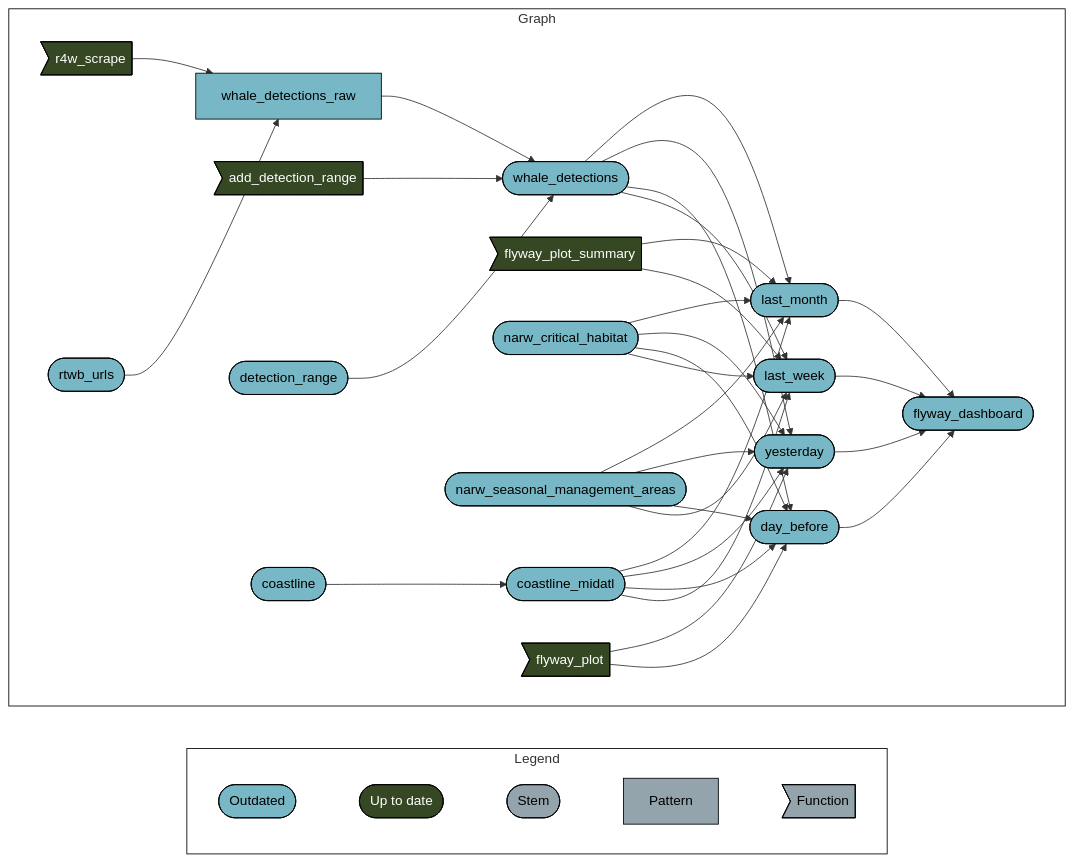
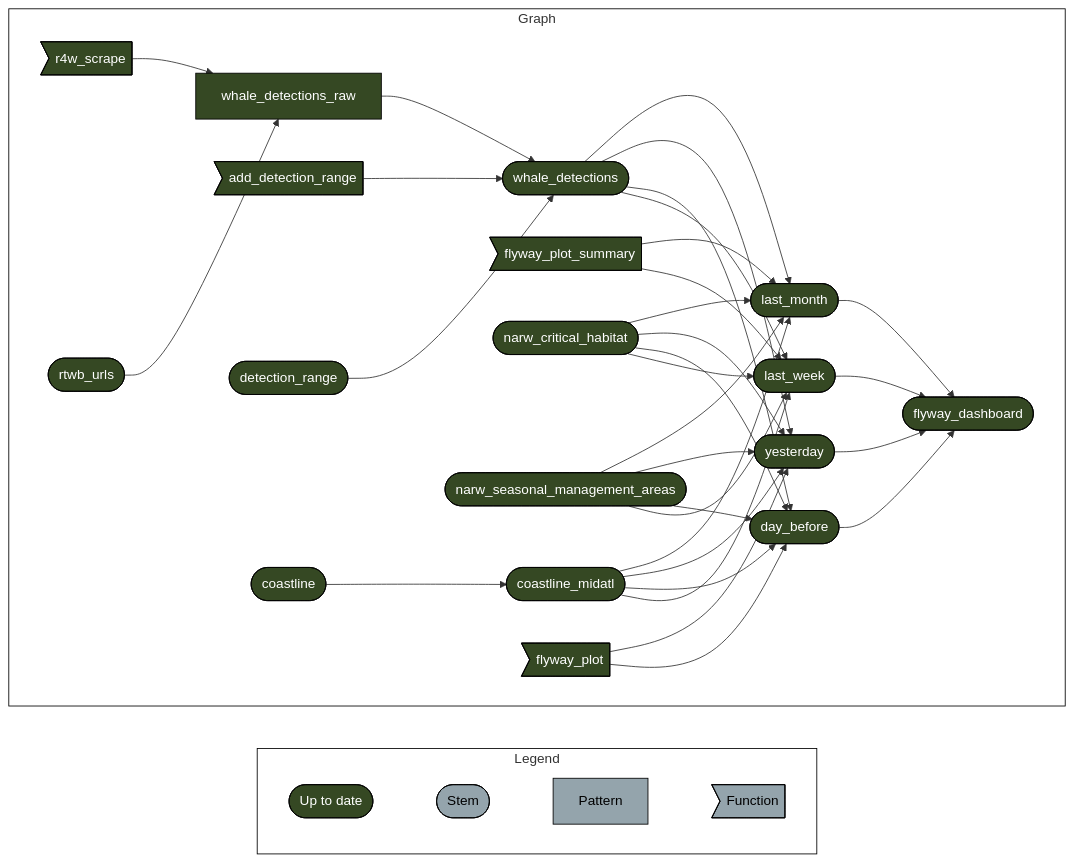
One commit to Tail-Winds/rtwb-flyway changed the diagram in README.md. Above: the diagram before and after it, drawn with Mermaid. The commit also changed other lines of this file and 8 other files, not shown here.

````diff
--- a/README.md
+++ b/README.md
@@ -64,52 +65,49 @@
 ``` mermaid
 graph LR
   style Legend fill:#FFFFFF00,stroke:#000000;
   style Graph fill:#FFFFFF00,stroke:#000000;
   subgraph Legend
     direction LR
-    x0a52b03877696646([""Outdated""]):::outdated --- x7420bd9270f8d27d([""Up to date""]):::uptodate
     x7420bd9270f8d27d([""Up to date""]):::uptodate --- xbf4603d6c2c2ad6b([""Stem""]):::none
     xbf4603d6c2c2ad6b([""Stem""]):::none --- x70a5fa6bea6f298d[""Pattern""]:::none
     x70a5fa6bea6f298d[""Pattern""]:::none --- xf0bce276fe2b9d3e>""Function""]:::none
   end
   subgraph Graph
     direction LR
-    x9f056268bcaf484c(["coastline_midatl"]):::outdated --> x5143ae3bdfbc5e1b(["last_month"]):::outdated
-    x006ddd8351612b3e>"flyway_plot_summary"]:::uptodate --> x5143ae3bdfbc5e1b(["last_month"]):::outdated
-    x32f78397cebde190(["narw_critical_habitat"]):::outdated --> x5143ae3bdfbc5e1b(["last_month"]):::outdated
-    x17b3c6c5f2f97a8a(["narw_seasonal_management_areas"]):::outdated --> x5143ae3bdfbc5e1b(["last_month"]):::outdated
-    x5fc1f85cdae42a15(["whale_detections"]):::outdated --> x5143ae3bdfbc5e1b(["last_month"]):::outdated
-    x9f056268bcaf484c(["coastline_midatl"]):::outdated --> xfd50dd5ee08cb00e(["yesterday"]):::outdated
-    x29978318f74a1f1a>"flyway_plot"]:::uptodate --> xfd50dd5ee08cb00e(["yesterday"]):::outdated
-    x32f78397cebde190(["narw_critical_habitat"]):::outdated --> xfd50dd5ee08cb00e(["yesterday"]):::outdated
-    x17b3c6c5f2f97a8a(["narw_seasonal_management_areas"]):::outdated --> xfd50dd5ee08cb00e(["yesterday"]):::outdated
-    x5fc1f85cdae42a15(["whale_detections"]):::outdated --> xfd50dd5ee08cb00e(["yesterday"]):::outdated
-    x6f114575981f728f>"r4w_scrape"]:::uptodate --> xc1ace7b91afbb712["whale_detections_raw"]:::outdated
-    xbc96fea7a3a6c834(["rtwb_urls"]):::outdated --> xc1ace7b91afbb712["whale_detections_raw"]:::outdated
-    x4ebdc012c833dea9>"add_detection_range"]:::uptodate --> x5fc1f85cdae42a15(["whale_detections"]):::outdated
-    x498842ceb8b647f9(["detection_range"]):::outdated --> x5fc1f85cdae42a15(["whale_detections"]):::outdated
-    xc1ace7b91afbb712["whale_detections_raw"]:::outdated --> x5fc1f85cdae42a15(["whale_detections"]):::outdated
-    xb9ffe861cb7124d8(["day_before"]):::outdated --> x7b5b71e4271dec15(["flyway_dashboard"]):::outdated
-    x5143ae3bdfbc5e1b(["last_month"]):::outdated --> x7b5b71e4271dec15(["flyway_dashboard"]):::outdated
-    xd4e3cb7cdf26cbd3(["last_week"]):::outdated --> x7b5b71e4271dec15(["flyway_dashboard"]):::outdated
-    xfd50dd5ee08cb00e(["yesterday"]):::outdated --> x7b5b71e4271dec15(["flyway_dashboard"]):::outdated
-    x51f7d0055c0e8771(["coastline"]):::outdated --> x9f056268bcaf484c(["coastline_midatl"]):::outdated
-    x9f056268bcaf484c(["coastline_midatl"]):::outdated --> xb9ffe861cb7124d8(["day_before"]):::outdated
-    x29978318f74a1f1a>"flyway_plot"]:::uptodate --> xb9ffe861cb7124d8(["day_before"]):::outdated
-    x32f78397cebde190(["narw_critical_habitat"]):::outdated --> xb9ffe861cb7124d8(["day_before"]):::outdated
-    x17b3c6c5f2f97a8a(["narw_seasonal_management_areas"]):::outdated --> xb9ffe861cb7124d8(["day_before"]):::outdated
-    x5fc1f85cdae42a15(["whale_detections"]):::outdated --> xb9ffe861cb7124d8(["day_before"]):::outdated
-    x9f056268bcaf484c(["coastline_midatl"]):::outdated --> xd4e3cb7cdf26cbd3(["last_week"]):::outdated
-    x006ddd8351612b3e>"flyway_plot_summary"]:::uptodate --> xd4e3cb7cdf26cbd3(["last_week"]):::outdated
-    x32f78397cebde190(["narw_critical_habitat"]):::outdated --> xd4e3cb7cdf26cbd3(["last_week"]):::outdated
-    x17b3c6c5f2f97a8a(["narw_seasonal_management_areas"]):::outdated --> xd4e3cb7cdf26cbd3(["last_week"]):::outdated
-    x5fc1f85cdae42a15(["whale_detections"]):::outdated --> xd4e3cb7cdf26cbd3(["last_week"]):::outdated
+    x9f056268bcaf484c(["coastline_midatl"]):::uptodate --> x5143ae3bdfbc5e1b(["last_month"]):::uptodate
+    x006ddd8351612b3e>"flyway_plot_summary"]:::uptodate --> x5143ae3bdfbc5e1b(["last_month"]):::uptodate
+    x32f78397cebde190(["narw_critical_habitat"]):::uptodate --> x5143ae3bdfbc5e1b(["last_month"]):::uptodate
+    x17b3c6c5f2f97a8a(["narw_seasonal_management_areas"]):::uptodate --> x5143ae3bdfbc5e1b(["last_month"]):::uptodate
+    x5fc1f85cdae42a15(["whale_detections"]):::uptodate --> x5143ae3bdfbc5e1b(["last_month"]):::uptodate
+    x9f056268bcaf484c(["coastline_midatl"]):::uptodate --> xfd50dd5ee08cb00e(["yesterday"]):::uptodate
+    x29978318f74a1f1a>"flyway_plot"]:::uptodate --> xfd50dd5ee08cb00e(["yesterday"]):::uptodate
+    x32f78397cebde190(["narw_critical_habitat"]):::uptodate --> xfd50dd5ee08cb00e(["yesterday"]):::uptodate
+    x17b3c6c5f2f97a8a(["narw_seasonal_management_areas"]):::uptodate --> xfd50dd5ee08cb00e(["yesterday"]):::uptodate
+    x5fc1f85cdae42a15(["whale_detections"]):::uptodate --> xfd50dd5ee08cb00e(["yesterday"]):::uptodate
+    x6f114575981f728f>"r4w_scrape"]:::uptodate --> xc1ace7b91afbb712["whale_detections_raw"]:::uptodate
+    xbc96fea7a3a6c834(["rtwb_urls"]):::uptodate --> xc1ace7b91afbb712["whale_detections_raw"]:::uptodate
+    x4ebdc012c833dea9>"add_detection_range"]:::uptodate --> x5fc1f85cdae42a15(["whale_detections"]):::uptodate
+    x498842ceb8b647f9(["detection_range"]):::uptodate --> x5fc1f85cdae42a15(["whale_detections"]):::uptodate
+    xc1ace7b91afbb712["whale_detections_raw"]:::uptodate --> x5fc1f85cdae42a15(["whale_detections"]):::uptodate
+    xb9ffe861cb7124d8(["day_before"]):::uptodate --> x7b5b71e4271dec15(["flyway_dashboard"]):::uptodate
+    x5143ae3bdfbc5e1b(["last_month"]):::uptodate --> x7b5b71e4271dec15(["flyway_dashboard"]):::uptodate
+    xd4e3cb7cdf26cbd3(["last_week"]):::uptodate --> x7b5b71e4271dec15(["flyway_dashboard"]):::uptodate
+    xfd50dd5ee08cb00e(["yesterday"]):::uptodate --> x7b5b71e4271dec15(["flyway_dashboard"]):::uptodate
+    x51f7d0055c0e8771(["coastline"]):::uptodate --> x9f056268bcaf484c(["coastline_midatl"]):::uptodate
+    x9f056268bcaf484c(["coastline_midatl"]):::uptodate --> xb9ffe861cb7124d8(["day_before"]):::uptodate
+    x29978318f74a1f1a>"flyway_plot"]:::uptodate --> xb9ffe861cb7124d8(["day_before"]):::uptodate
+    x32f78397cebde190(["narw_critical_habitat"]):::uptodate --> xb9ffe861cb7124d8(["day_before"]):::uptodate
+    x17b3c6c5f2f97a8a(["narw_seasonal_management_areas"]):::uptodate --> xb9ffe861cb7124d8(["day_before"]):::uptodate
+    x5fc1f85cdae42a15(["whale_detections"]):::uptodate --> xb9ffe861cb7124d8(["day_before"]):::uptodate
+    x9f056268bcaf484c(["coastline_midatl"]):::uptodate --> xd4e3cb7cdf26cbd3(["last_week"]):::uptodate
+    x006ddd8351612b3e>"flyway_plot_summary"]:::uptodate --> xd4e3cb7cdf26cbd3(["last_week"]):::uptodate
+    x32f78397cebde190(["narw_critical_habitat"]):::uptodate --> xd4e3cb7cdf26cbd3(["last_week"]):::uptodate
+    x17b3c6c5f2f97a8a(["narw_seasonal_management_areas"]):::uptodate --> xd4e3cb7cdf26cbd3(["last_week"]):::uptodate
+    x5fc1f85cdae42a15(["whale_detections"]):::uptodate --> xd4e3cb7cdf26cbd3(["last_week"]):::uptodate
   end
-  classDef outdated stroke:#000000,color:#000000,fill:#78B7C5;
   classDef uptodate stroke:#000000,color:#ffffff,fill:#354823;
   classDef none stroke:#000000,color:#000000,fill:#94a4ac;
   linkStyle 0 stroke-width:0px;
   linkStyle 1 stroke-width:0px;
   linkStyle 2 stroke-width:0px;
-  linkStyle 3 stroke-width:0px;
 ```
````
